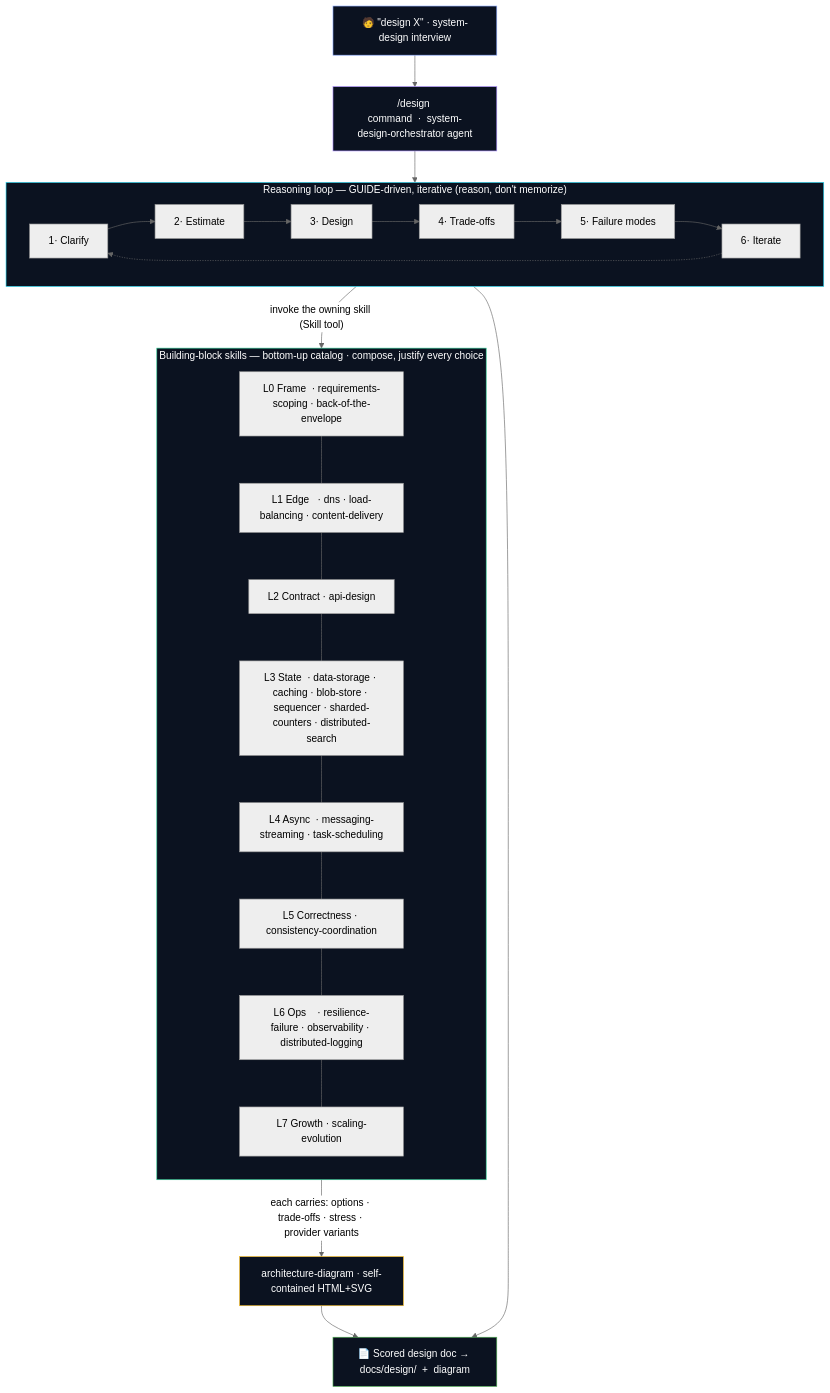
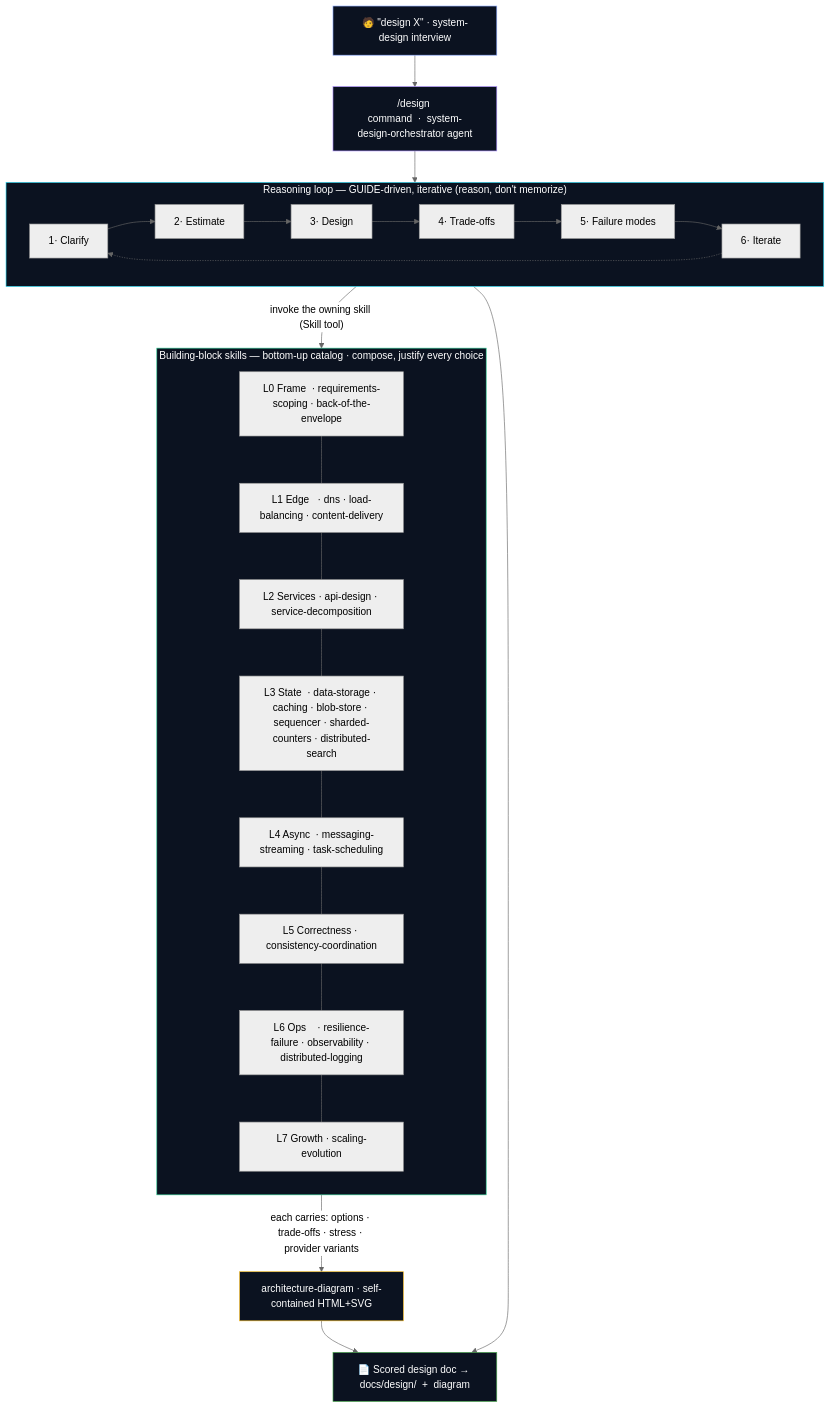
Before and after one commit to proyecto26/system-design-skills: the first of 2 diagrams in README.md, drawn with Mermaid (neutral theme). The commit also changed other lines of this file and 31 other files, not shown here.

````diff
--- a/README.md
+++ b/README.md
@@ -19,38 +19,38 @@
 ```mermaid
 flowchart TB
     U["🧑 &quot;design X&quot; · system-design interview"]
     U --> ENTRY["/design command&nbsp;&nbsp;·&nbsp;&nbsp;system-design-orchestrator agent"]
     ENTRY --> LOOP
 
     subgraph LOOP["Reasoning loop — GUIDE-driven, iterative (reason, don't memorize)"]
       direction LR
       C["1· Clarify"] --> E["2· Estimate"] --> H["3· Design"] --> T["4· Trade-offs"] --> F["5· Failure modes"] --> I["6· Iterate"]
       I -.-> C
     end
 
     LOOP -->|"invoke the owning skill (Skill tool)"| BB
 
     subgraph BB["Building-block skills — bottom-up catalog · compose, justify every choice"]
       direction TB
       L0["L0 Frame &nbsp;· requirements-scoping · back-of-the-envelope"]
       L1["L1 Edge &nbsp;&nbsp;· dns · load-balancing · content-delivery"]
-      L2["L2 Contract · api-design"]
+      L2["L2 Services · api-design · service-decomposition"]
       L3["L3 State &nbsp;· data-storage · caching · blob-store · sequencer · sharded-counters · distributed-search"]
       L4["L4 Async &nbsp;· messaging-streaming · task-scheduling"]
       L5["L5 Correctness · consistency-coordination"]
       L6["L6 Ops &nbsp;&nbsp;&nbsp;· resilience-failure · observability · distributed-logging"]
       L7["L7 Growth · scaling-evolution"]
       L0 --- L1 --- L2 --- L3 --- L4 --- L5 --- L6 --- L7
     end
 
     BB -->|"each carries: options · trade-offs · stress · provider variants"| DIAG["architecture-diagram&nbsp;· self-contained HTML+SVG"]
     LOOP --> OUT["📄 Scored design doc → docs/design/  +  diagram"]
     DIAG --> OUT
 
     style U fill:#0b1220,stroke:#8aa8ff,color:#fff
     style ENTRY fill:#0b1220,stroke:#a78bfa,color:#fff
     style LOOP fill:#0b1220,stroke:#22d3ee,color:#fff
     style BB fill:#0b1220,stroke:#34d399,color:#fff
     style DIAG fill:#0b1220,stroke:#fbbf24,color:#fff
     style OUT fill:#0b1220,stroke:#4caf50,color:#fff
 ```
````
